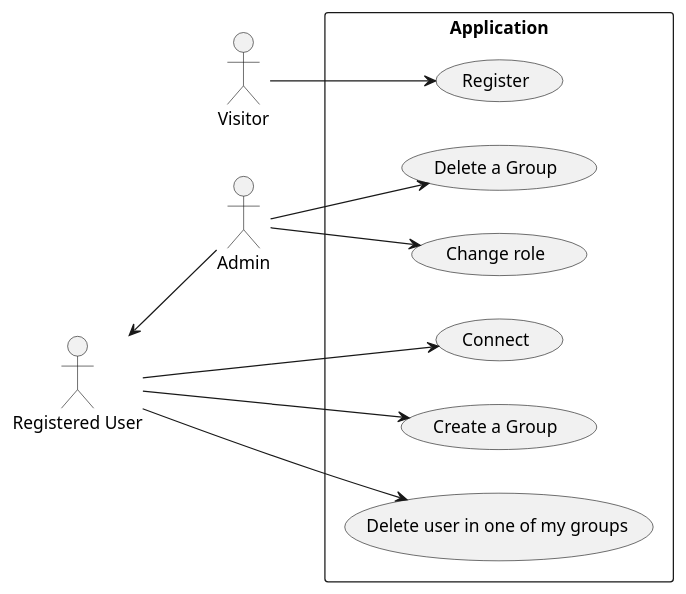
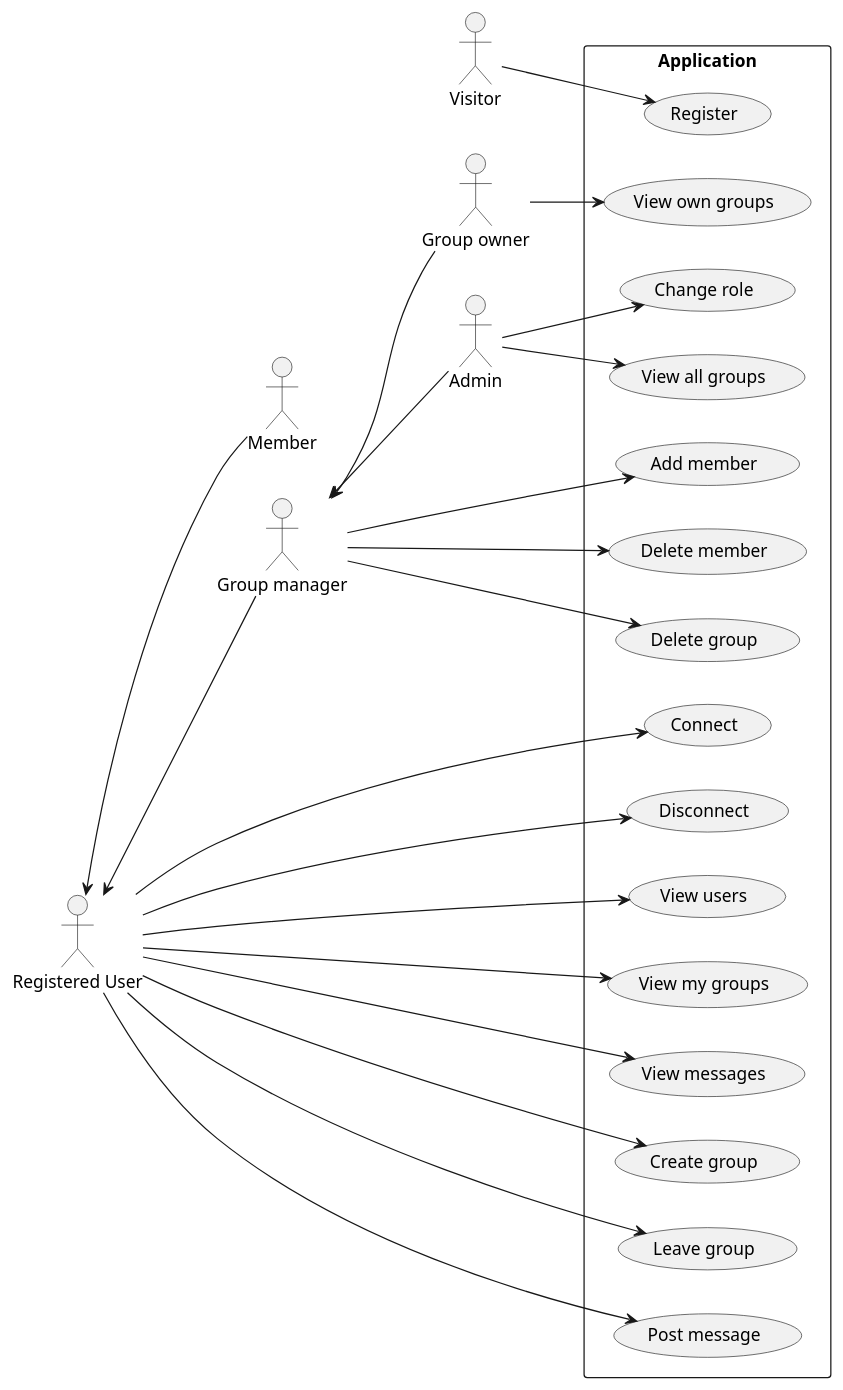
Before and after one commit to mamadouu02/web: the first of 3 diagrams in README.md, drawn with PlantUML. The commit also changed other lines of this file and 6 other files, not shown here.

````diff
--- a/README.md
+++ b/README.md
@@ -15,24 +13,47 @@
 ```plantuml
 @startuml
 left to right direction
 actor "Visitor" as v
 actor "Registered User" as u
+actor "Member" as m
+actor "Group owner" as o
 actor "Admin" as a
-u <-- a
+actor "Group manager" as g
+u <-- g
+u <-- m
+g <-- o
+g <-- a
 rectangle Application {
   usecase "Register" as R
   usecase "Connect" as C
-  usecase "Create a Group" as CG
-  usecase "Add user in one of my groups" as AU
-  usecase "Delete user in one of my groups" as AU
-  usecase "Delete a Group" as DG
+  usecase "Disconnect" as D
+  usecase "View users" as VU
+  usecase "View own groups" as VOG
+  usecase "View my groups" as VMG
+  usecase "View all groups" as VAG
+  usecase "View messages" as VM
+  usecase "Create group" as CG
+  usecase "Add member" as AM
+  usecase "Delete member" as DM
+  usecase "Leave group" as LG
+  usecase "Delete group" as DG
   usecase "Change role" as CR
+  usecase "Post message" as PM
 }
-a --> DG
-a --> CR
 v --> R
 u --> C
-u --> AU
+u --> D
+u --> VU
+o --> VOG
+u --> VMG
+a --> VAG
+u --> VM
 u --> CG
+g --> AM
+g --> DM
+u --> LG
+g --> DG
+a --> CR
+u --> PM
 @enduml
 ```
````
